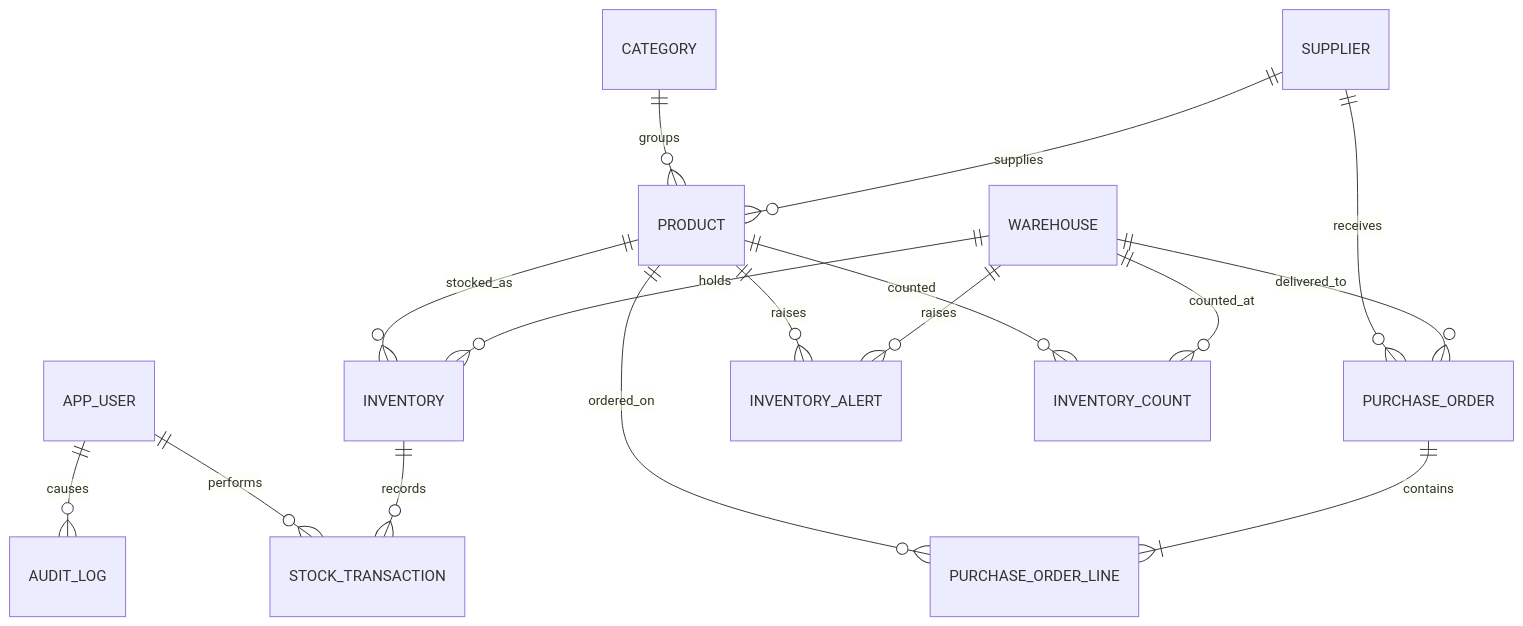
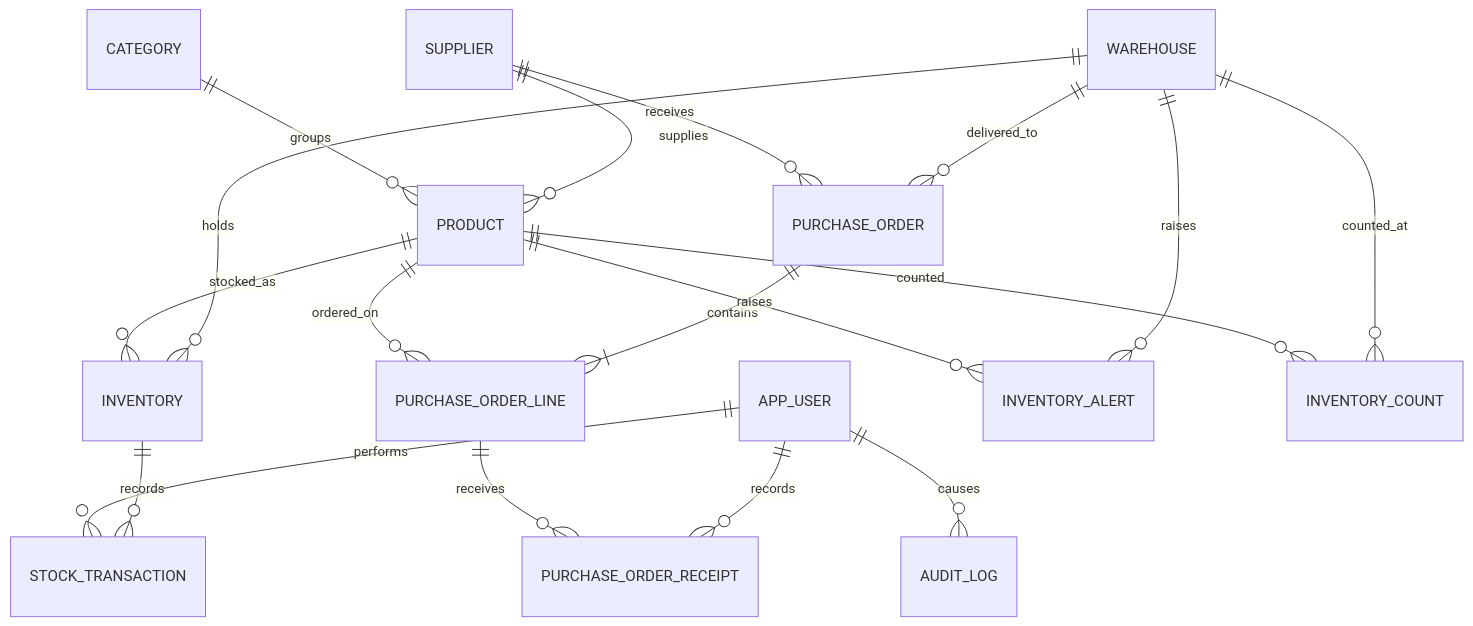
The diagram in docs/database-design.md (kshres31/intelligent-inventory-management-system), drawn with Mermaid before and after one commit. The commit also changed other lines of this file and 12 other files, not shown here.

Commit message:
Receive purchase-order deliveries atomically with safe retries

````diff
--- a/docs/database-design.md
+++ b/docs/database-design.md
@@ -17,18 +17,20 @@
 ```mermaid
 erDiagram
     APP_USER ||--o{ STOCK_TRANSACTION : performs
     APP_USER ||--o{ AUDIT_LOG : causes
     CATEGORY ||--o{ PRODUCT : groups
     SUPPLIER ||--o{ PRODUCT : supplies
     PRODUCT ||--o{ INVENTORY : stocked_as
     WAREHOUSE ||--o{ INVENTORY : holds
     INVENTORY ||--o{ STOCK_TRANSACTION : records
     PRODUCT ||--o{ PURCHASE_ORDER_LINE : ordered_on
     SUPPLIER ||--o{ PURCHASE_ORDER : receives
     WAREHOUSE ||--o{ PURCHASE_ORDER : delivered_to
     PURCHASE_ORDER ||--|{ PURCHASE_ORDER_LINE : contains
+    PURCHASE_ORDER_LINE ||--o{ PURCHASE_ORDER_RECEIPT : receives
+    APP_USER ||--o{ PURCHASE_ORDER_RECEIPT : records
     PRODUCT ||--o{ INVENTORY_ALERT : raises
     WAREHOUSE ||--o{ INVENTORY_ALERT : raises
     PRODUCT ||--o{ INVENTORY_COUNT : counted
     WAREHOUSE ||--o{ INVENTORY_COUNT : counted_at
 ```
````
